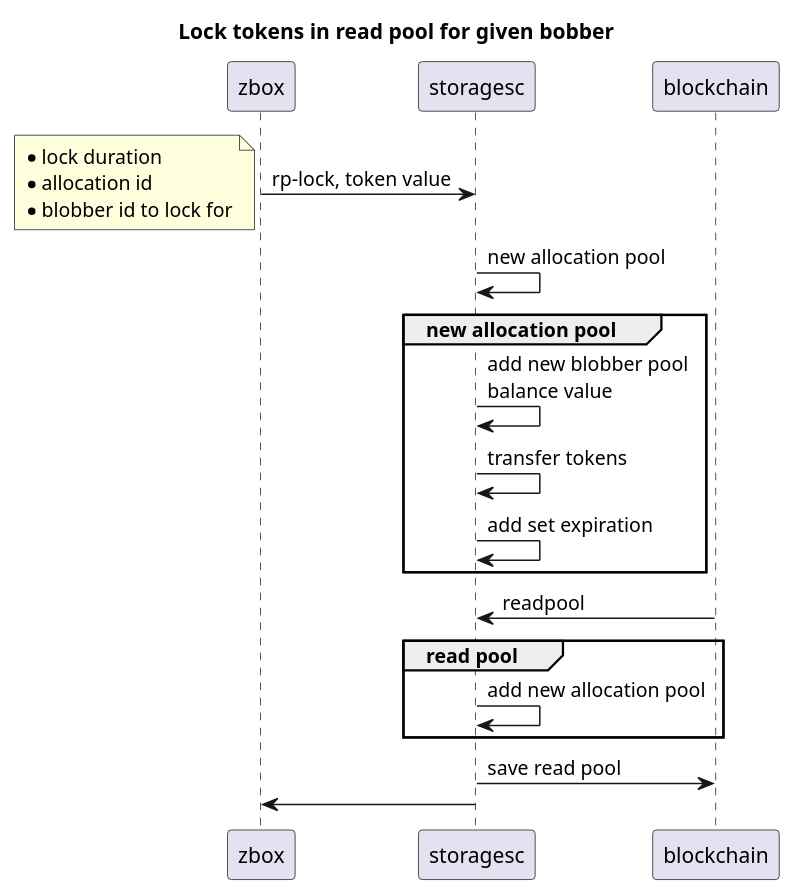
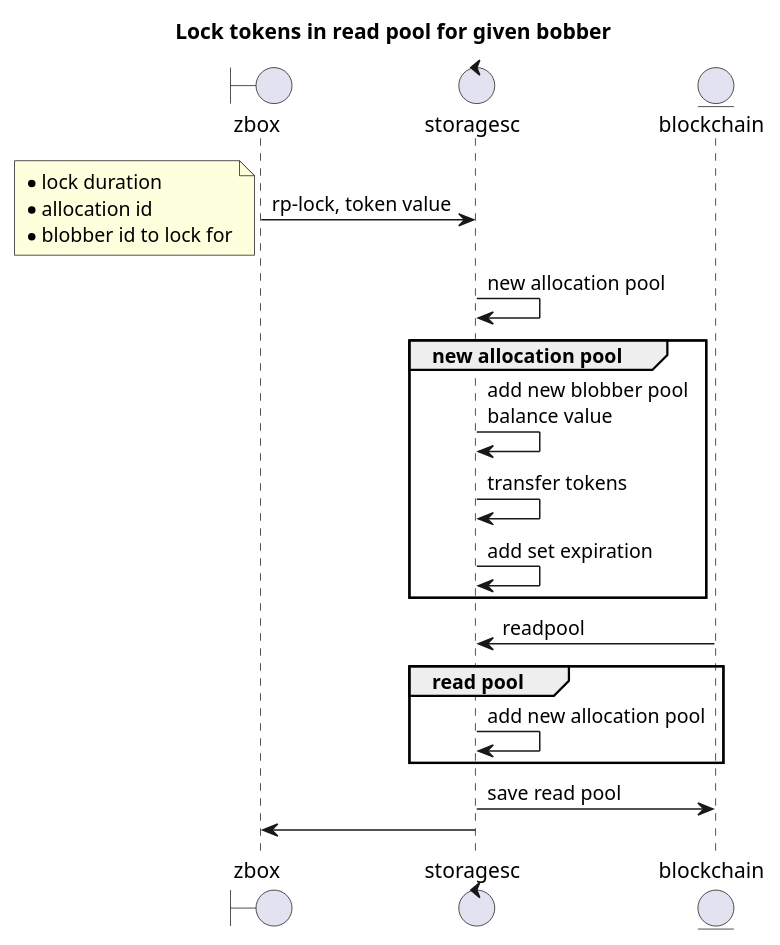
One commit to 0chain/zboxcli changed diagram 27 of 32 in documents/uml.md. Above: the diagram before and after it, drawn with PlantUML. The commit also changed other lines of this file and 1 other file, not shown here.

````diff
--- a/documents/uml.md
+++ b/documents/uml.md
@@ -646,21 +646,24 @@
 ```puml
 title Lock tokens in read pool for given bobber
+boundary zbox
+control storagesc
+entity blockchain
 zbox ->storagesc: rp-lock, token value
 note left
     * lock duration
     * allocation id
     * blobber id to lock for
 end note 
 storagesc ->storagesc: new allocation pool
 group new allocation pool
    storagesc->storagesc: add new blobber pool\nbalance value
    storagesc->storagesc: transfer tokens
    storagesc->storagesc: add set expiration
 end
 blockchain ->storagesc: readpool
 group read pool
 storagesc ->storagesc: add new allocation pool
 end 
 storagesc -> blockchain : save read pool
 storagesc -> zbox
 ```
````
